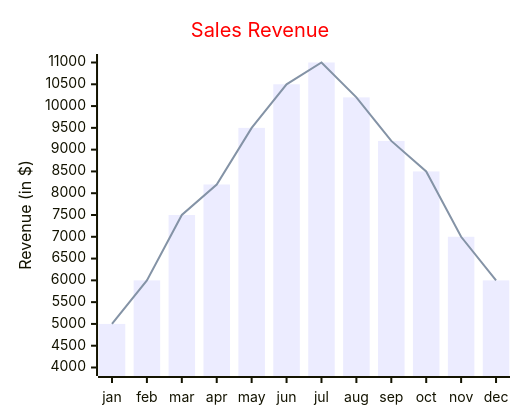
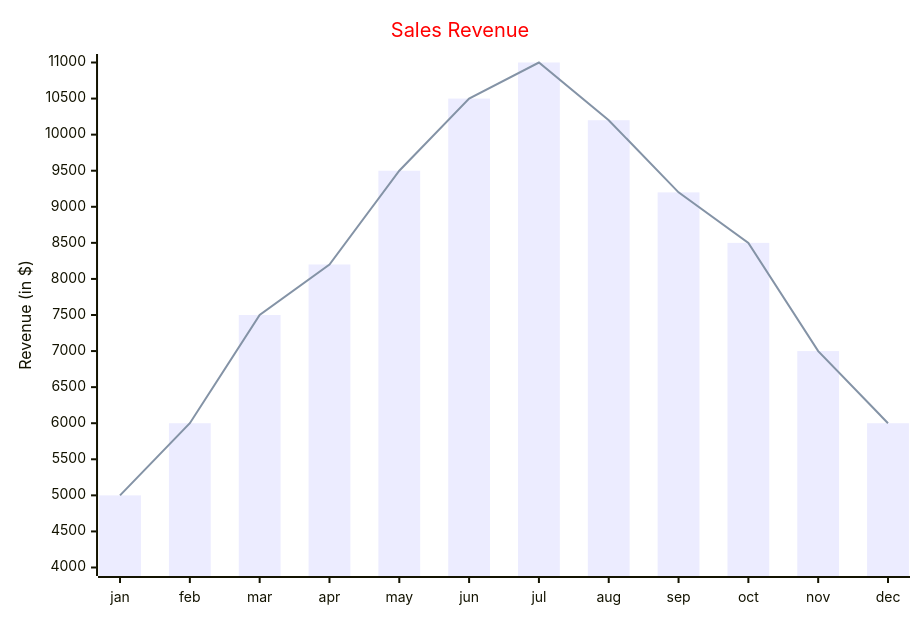
One commit to mermaid-js/mermaid changed the second of 2 diagrams in docs/syntax/xyChart.md. Above: the diagram before and after it, drawn with Mermaid. The commit also changed other lines of this file and 15 other files, not shown here.

````diff
--- a/docs/syntax/xyChart.md
+++ b/docs/syntax/xyChart.md
@@ -162,9 +165,9 @@
 ```mermaid
-%%{init: {"xyChart": {"width": 500, "height": 400}, "themeVariables": {"xyChart": {"titleColor": "#ff0000"} } }}%%
+%%{init: {"xyChart": {"width": 900, "height": 600}, "themeVariables": {"xyChart": {"titleColor": "#ff0000"} } }}%%
 xychart-beta
     title "Sales Revenue"
     x-axis [jan, feb, mar, apr, may, jun, jul, aug, sep, oct, nov, dec]
     y-axis "Revenue (in $)" 4000 --> 11000
     bar [5000, 6000, 7500, 8200, 9500, 10500, 11000, 10200, 9200, 8500, 7000, 6000]
     line [5000, 6000, 7500, 8200, 9500, 10500, 11000, 10200, 9200, 8500, 7000, 6000]
 ```
````
